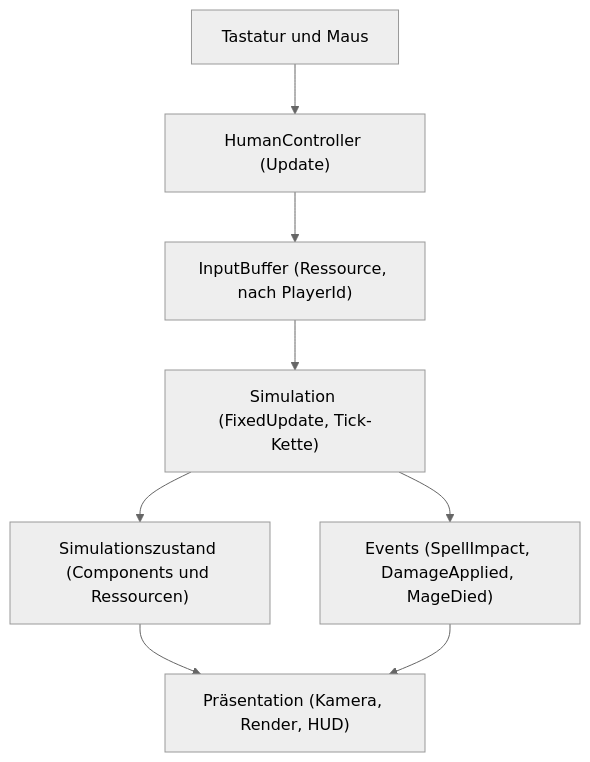
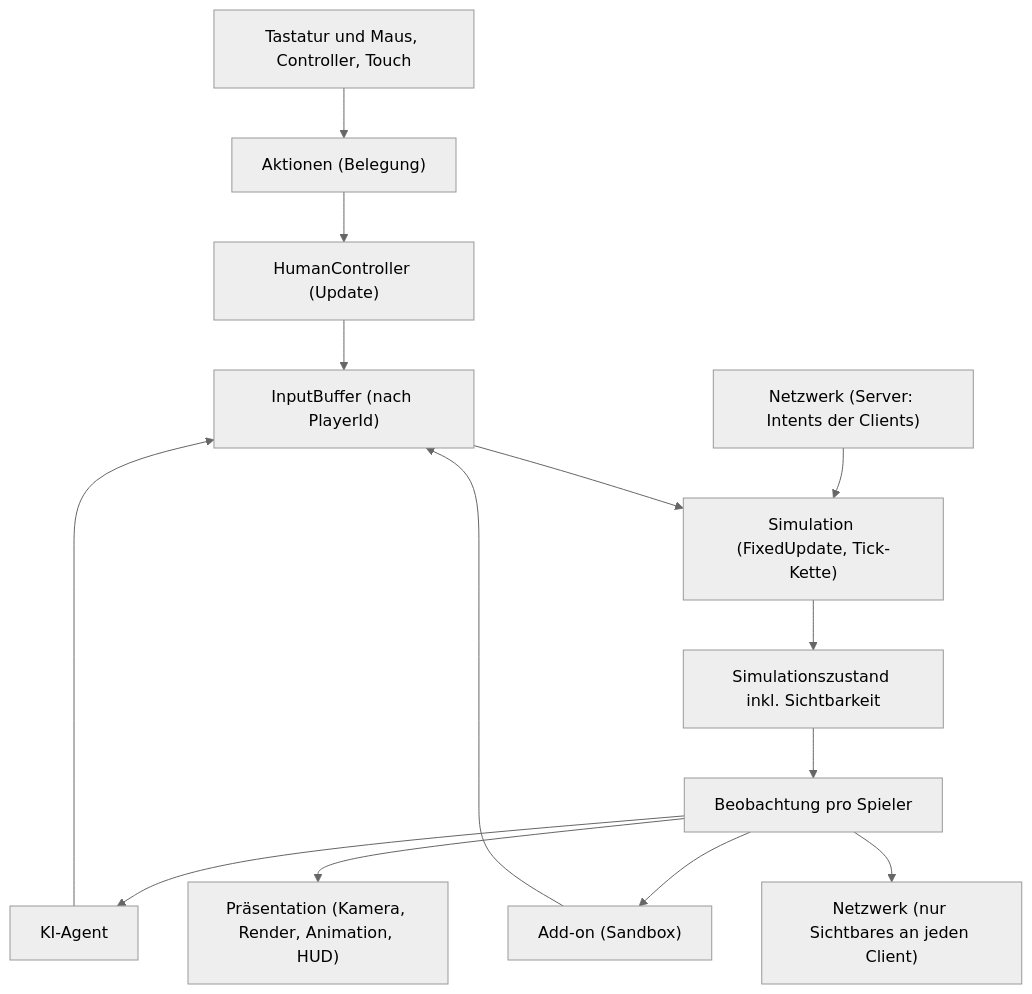
The diagram in docs/architecture/uebersicht.md (MagierSpieleSchmiede/mage-game), drawn with Mermaid (neutral theme) before and after one commit. The commit also changed other lines of this file and 74 other files, not shown here.

````diff
--- a/docs/architecture/uebersicht.md
+++ b/docs/architecture/uebersicht.md
@@ -8,10 +8,16 @@
 ```mermaid
 flowchart TD
-  K["Tastatur und Maus"] --> HC["HumanController (Update)"]
-  HC --> BUF["InputBuffer (Ressource, nach PlayerId)"]
+  G["Tastatur und Maus, Controller, Touch"] --> A["Aktionen (Belegung)"]
+  A --> HC["HumanController (Update)"]
+  HC --> BUF["InputBuffer (nach PlayerId)"]
+  KI["KI-Agent"] --> BUF
+  AO["Add-on (Sandbox)"] --> BUF
+  NET["Netzwerk (Server: Intents der Clients)"] --> S
   BUF --> S["Simulation (FixedUpdate, Tick-Kette)"]
-  S --> Z["Simulationszustand (Components und Ressourcen)"]
-  S --> EV["Events (SpellImpact, DamageApplied, MageDied)"]
-  Z --> P["Präsentation (Kamera, Render, HUD)"]
-  EV --> P
+  S --> Z["Simulationszustand inkl. Sichtbarkeit"]
+  Z --> OBS["Beobachtung pro Spieler"]
+  OBS --> P["Präsentation (Kamera, Render, Animation, HUD)"]
+  OBS --> KI
+  OBS --> AO
+  OBS --> NETOUT["Netzwerk (nur Sichtbares an jeden Client)"]
 ```
````
